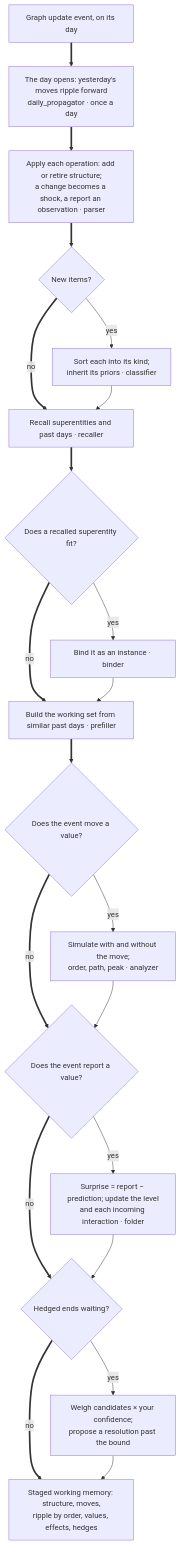
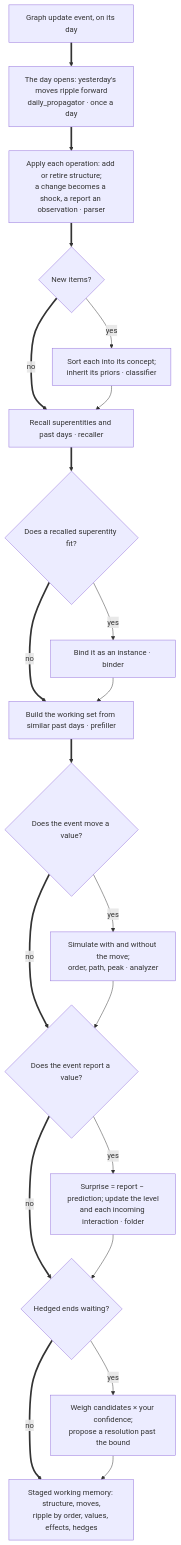
Before and after one commit to Axelrod-AI-Engineering/world-model: the diagram in docs/design/diagrams/wm-learning-flow.mmd, drawn with Mermaid. The commit also changed 59 other files, not shown here.

First line of the commit message:
Sally polish: a lean transmission path, concept outlines, "concept" for kind, faster forecasts, and a CSS fix

```diff
--- a/docs/design/diagrams/wm-learning-flow.mmd
+++ b/docs/design/diagrams/wm-learning-flow.mmd
@@ -1,21 +1,21 @@
 flowchart TD
   IN["Graph update event, on its day"]:::start ==> OPEN["The day opens: yesterday's moves ripple forward<br/>daily_propagator · once a day"]:::wm
   OPEN ==> P["Apply each operation: add or retire structure;<br/>a change becomes a shock, a report an observation · parser"]:::wm
   P ==> NEW{"New items?"}:::check
   NEW ==>|no| RC["Recall superentities and past days · recaller"]:::step
   RC ==> FIT{"Does a recalled superentity fit?"}:::check
   FIT ==>|no| PF["Build the working set from similar past days · prefiller"]:::step
   PF ==> MV{"Does the event move a value?"}:::check
   MV ==>|no| RP{"Does the event report a value?"}:::check
   RP ==>|no| HG{"Hedged ends waiting?"}:::check
   HG ==>|no| OUT["Staged working memory: structure, moves,<br/>ripple by order, values, effects, hedges"]:::done
-  NEW -->|yes| CL["Sort each into its kind;<br/>inherit its priors · classifier"]:::opt
+  NEW -->|yes| CL["Sort each into its concept;<br/>inherit its priors · classifier"]:::opt
   CL --> RC
   FIT -->|yes| BD["Bind it as an instance · binder"]:::opt
   BD --> PF
   MV -->|yes| AN["Simulate with and without the move;<br/>order, path, peak · analyzer"]:::opt
   AN --> RP
   RP -->|yes| FO["Surprise = report − prediction; update the level<br/>and each incoming interaction · folder"]:::opt
   FO --> HG
   HG -->|yes| WH["Weigh candidates × your confidence;<br/>propose a resolution past the bound"]:::opt
   WH --> OUT
```
